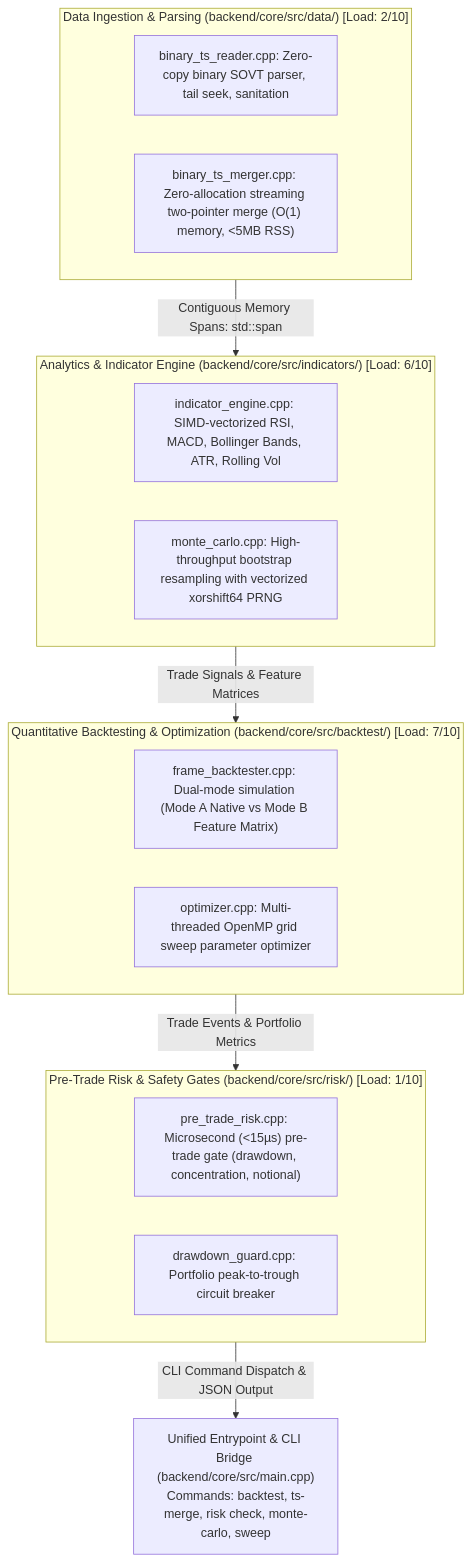
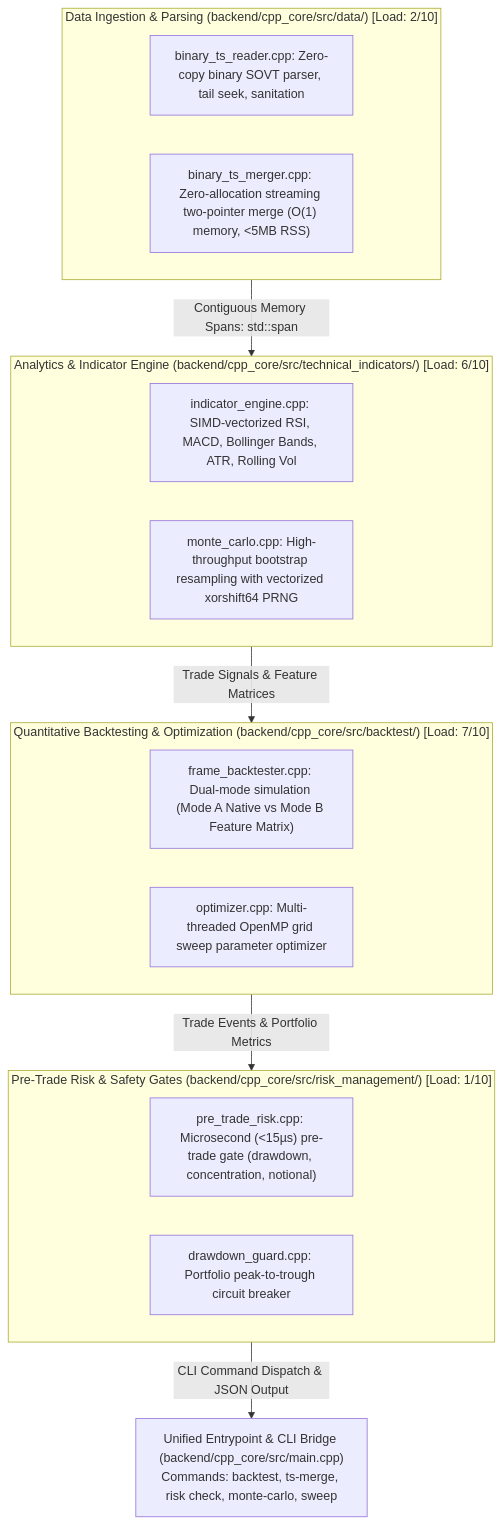
Before and after one commit to vgbn2/personal_finance_draft: the first of 5 diagrams in docs/engineering/architecture/03_NATIVE_CORE_AND_BACKTESTER.md, drawn with Mermaid. The commit also changed other lines of this file and 178 other files, not shown here.

````diff
--- a/docs/engineering/architecture/03_NATIVE_CORE_AND_BACKTESTER.md
+++ b/docs/engineering/architecture/03_NATIVE_CORE_AND_BACKTESTER.md
@@ -11,29 +11,29 @@
 ```mermaid
 flowchart TD
-    subgraph Ingestion["Data Ingestion & Parsing (backend/core/src/data/) [Load: 2/10]"]
+    subgraph Ingestion["Data Ingestion & Parsing (backend/cpp_core/src/data/) [Load: 2/10]"]
         RDR["binary_ts_reader.cpp: Zero-copy binary SOVT parser, tail seek, sanitation"]
         MRG["binary_ts_merger.cpp: Zero-allocation streaming two-pointer merge (O(1) memory, <5MB RSS)"]
     end
 
-    subgraph Analytics["Analytics & Indicator Engine (backend/core/src/indicators/) [Load: 6/10]"]
+    subgraph Analytics["Analytics & Indicator Engine (backend/cpp_core/src/technical_indicators/) [Load: 6/10]"]
         IND["indicator_engine.cpp: SIMD-vectorized RSI, MACD, Bollinger Bands, ATR, Rolling Vol"]
         MC["monte_carlo.cpp: High-throughput bootstrap resampling with vectorized xorshift64 PRNG"]
     end
 
-    subgraph Backtest["Quantitative Backtesting & Optimization (backend/core/src/backtest/) [Load: 7/10]"]
+    subgraph Backtest["Quantitative Backtesting & Optimization (backend/cpp_core/src/backtest/) [Load: 7/10]"]
         FBT["frame_backtester.cpp: Dual-mode simulation (Mode A Native vs Mode B Feature Matrix)"]
         OPT["optimizer.cpp: Multi-threaded OpenMP grid sweep parameter optimizer"]
     end
 
-    subgraph Risk["Pre-Trade Risk & Safety Gates (backend/core/src/risk/) [Load: 1/10]"]
+    subgraph Risk["Pre-Trade Risk & Safety Gates (backend/cpp_core/src/risk_management/) [Load: 1/10]"]
         PTR["pre_trade_risk.cpp: Microsecond (<15µs) pre-trade gate (drawdown, concentration, notional)"]
         DD["drawdown_guard.cpp: Portfolio peak-to-trough circuit breaker"]
     end
 
-    CLI["Unified Entrypoint & CLI Bridge (backend/core/src/main.cpp)<br/>Commands: backtest, ts-merge, risk check, monte-carlo, sweep"]
+    CLI["Unified Entrypoint & CLI Bridge (backend/cpp_core/src/main.cpp)<br/>Commands: backtest, ts-merge, risk check, monte-carlo, sweep"]
 
     Ingestion -->|Contiguous Memory Spans: std::span<const Bar>| Analytics
     Analytics -->|Trade Signals & Feature Matrices| Backtest
     Backtest -->|Trade Events & Portfolio Metrics| Risk
     Risk -->|CLI Command Dispatch & JSON Output| CLI
 ```
````
